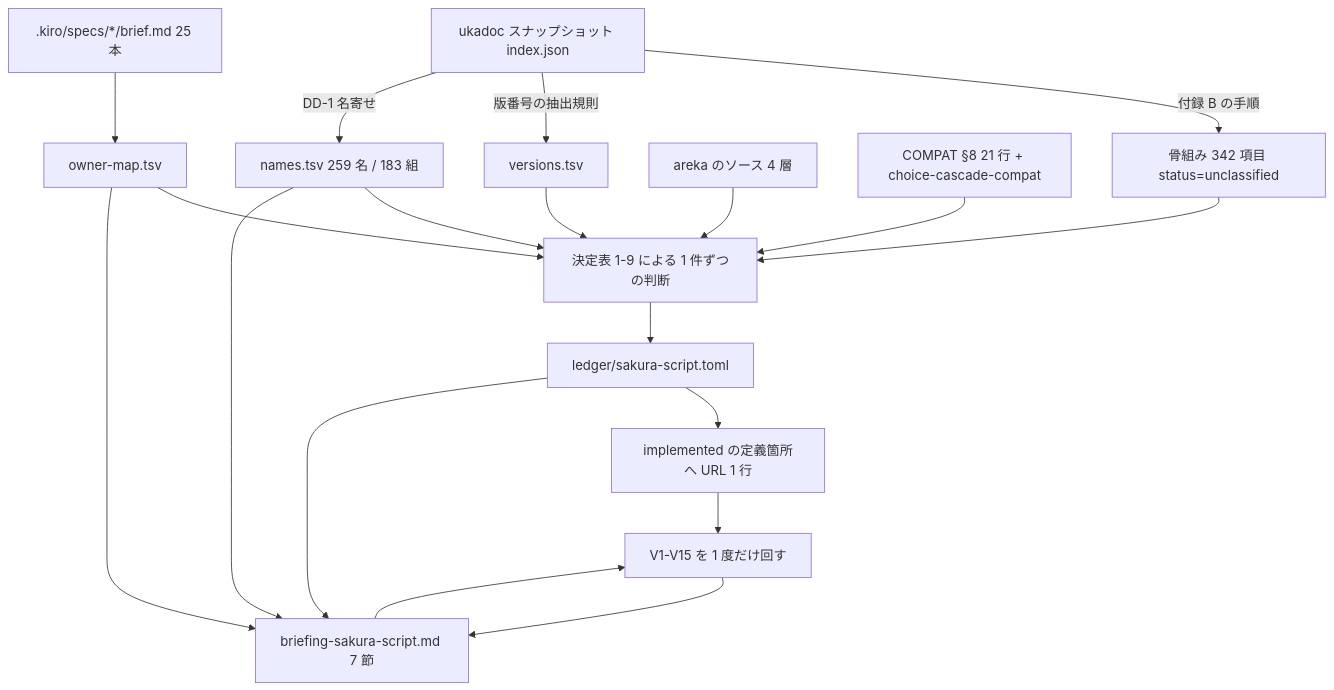
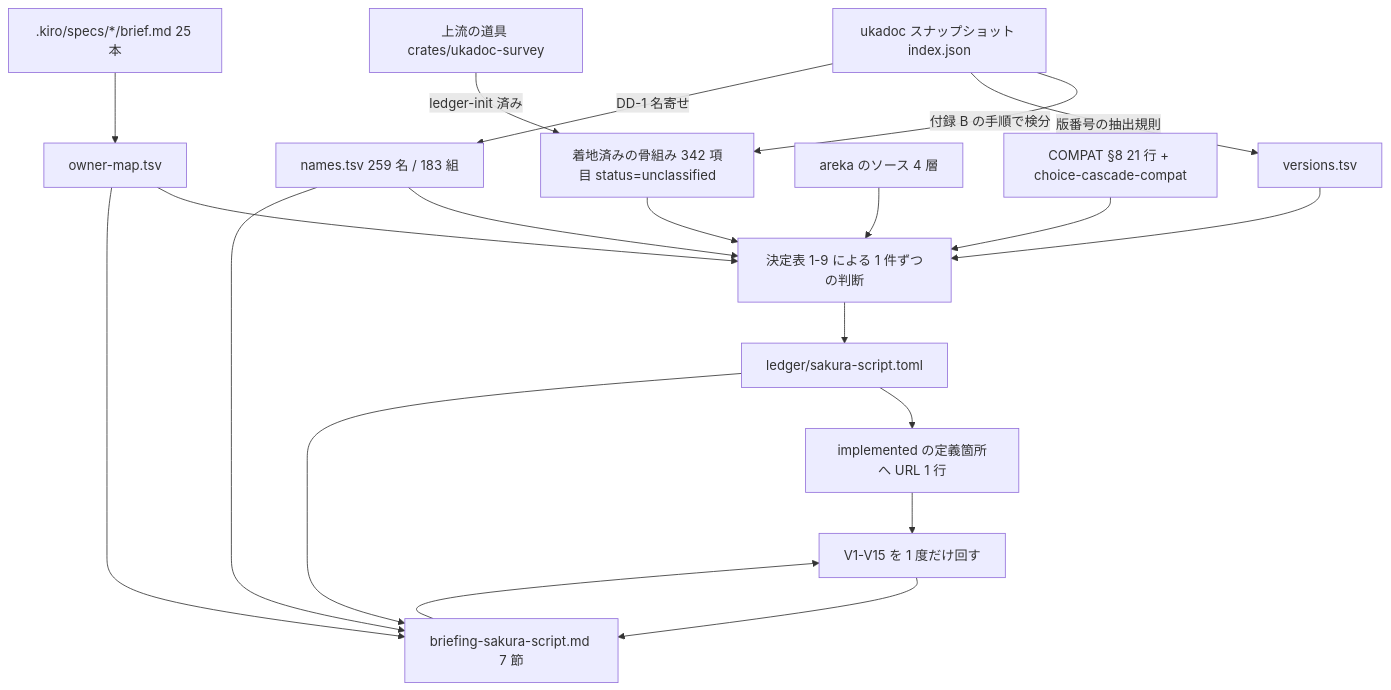
Before and after one commit to ekicyou/areka: the diagram in .kiro/specs/areka-P0-ukadoc-survey-sakura-script/design.md, drawn with Mermaid. The commit also changed other lines of this file and 3 other files, not shown here.

Commit message:
docs(areka-P0-ukadoc-survey-sakura-script): 道具の着地に計画を追随（骨組みは受け取る側・報告の作り直しが担当・常設検査 15 種と分担）

````diff
--- a/.kiro/specs/areka-P0-ukadoc-survey-sakura-script/design.md
+++ b/.kiro/specs/areka-P0-ukadoc-survey-sakura-script/design.md
@@ -87,21 +87,22 @@
 ```mermaid
 flowchart TD
-  SNAP[ukadoc スナップショット index.json] -->|付録 B の手順| SKEL[骨組み 342 項目 status=unclassified]
+  SNAP[ukadoc スナップショット index.json] -->|付録 B の手順で検分| SKEL[着地済みの骨組み 342 項目 status=unclassified]
+  TOOL[上流の道具 crates/ukadoc-survey] -->|ledger-init 済み| SKEL
   SNAP -->|版番号の抽出規則| VER[versions.tsv]
   SNAP -->|DD-1 名寄せ| NAME[names.tsv 259 名 / 183 組]
   SRC[areka のソース 4 層] --> JUDGE[決定表 1-9 による 1 件ずつの判断]
   COMPAT[COMPAT §8 21 行 + choice-cascade-compat] --> JUDGE
   BRIEF[.kiro/specs/*/brief.md 25 本] --> OWN[owner-map.tsv]
   SKEL --> JUDGE
   VER --> JUDGE
   NAME --> JUDGE
   OWN --> JUDGE
   JUDGE --> LEDGER[ledger/sakura-script.toml]
   LEDGER --> URL[implemented の定義箇所へ URL 1 行]
   LEDGER --> BRIEFING[briefing-sakura-script.md 7 節]
   NAME --> BRIEFING
   OWN --> BRIEFING
   URL --> CHECK[V1-V15 を 1 度だけ回す]
   BRIEFING --> CHECK
   CHECK --> BRIEFING
 ```
````
